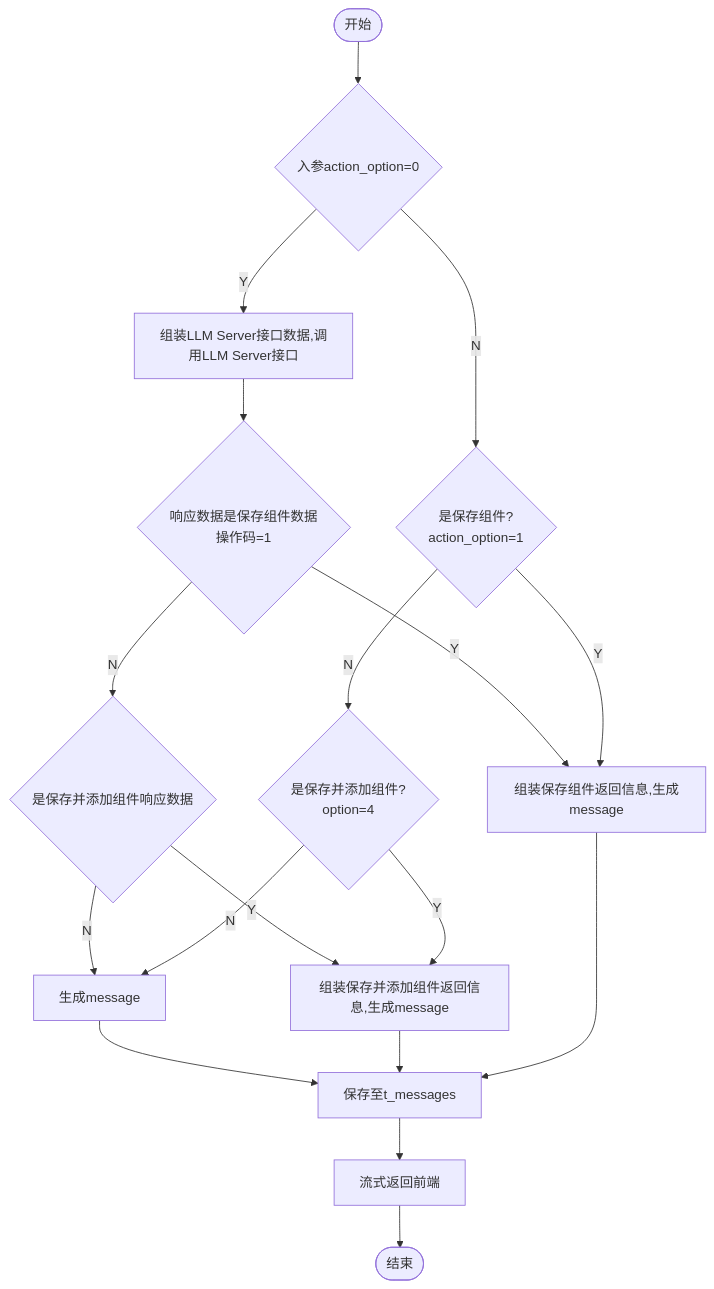
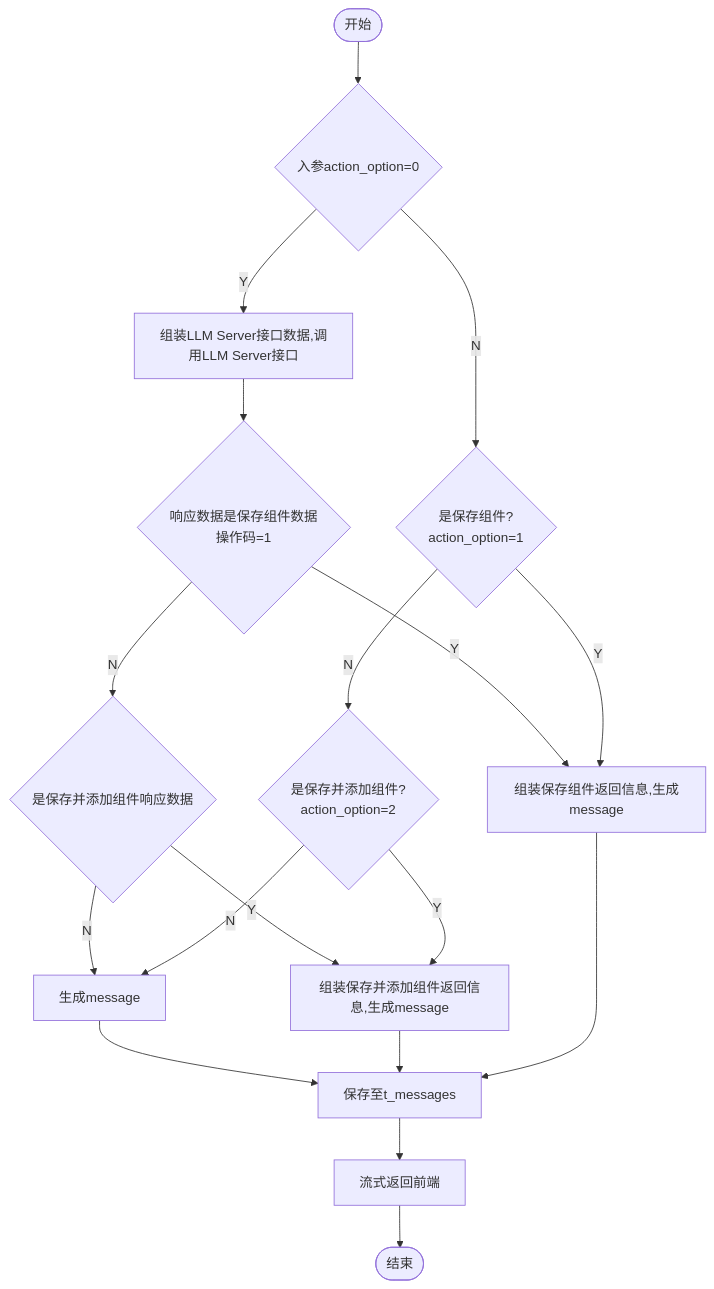
One commit to yingjianzh/iodraw-files changed the diagram in all/添加保存组件.md. Above: the diagram before and after it, drawn with Mermaid.

Commit message:
2024-10-15 15:26:29 update

````diff
--- a/all/添加保存组件.md
+++ b/all/添加保存组件.md
@@ -1,23 +1,23 @@
 ```mermaid
 flowchart TD
     A([开始]) --> B{入参action_option=0}
     B -- Y --> C[组装LLM Server接口数据,调用LLM Server接口]
     C --> E{响应数据是保存组件数据 \n 操作码=1}
     B -- N --> D{是保存组件? \n action_option=1}
-    D -- N --> J{是保存并添加组件? \n option=4}
-    
+    D -- N --> J{是保存并添加组件? \n action_option=2}
+
     E -- N --> L{是保存并添加组件响应数据}
     E -- Y --> F[组装保存组件返回信息,生成message]
     
     L -- N --> R[生成message]
     R --> G
     L -- Y --> K
     D -- Y --> F
     
     J -- Y --> K[组装保存并添加组件返回信息,生成message]
     K --> G
     J -- N --> R
     F --> G[保存至t_messages]
     G --> H[流式返回前端]
     H --> I([结束])
 ```
````
